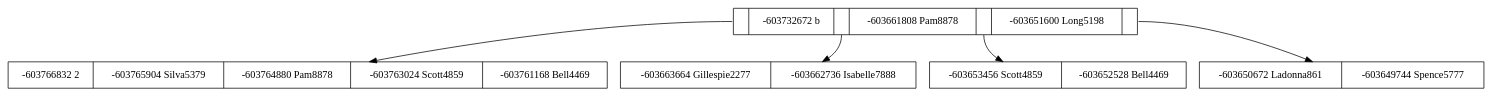
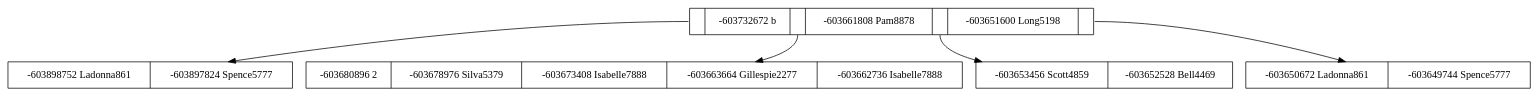
Before and after one commit to betebetoven/EDDS2F2: the diagram in arbolb.dot, drawn with Graphviz. The commit also changed 12 other files, not shown here.

```diff
--- a/arbolb.dot
+++ b/arbolb.dot
@@ -1,28 +1,28 @@
 digraph G {
 node[shape=record]
 		//Agregar Nodos Rama
 R0x7f9edc03c540[label="<C1>|-603732672 
  b|<C2>|-603661808 
  Pam8878|<C3>|-603651600 
  Long5198|<C4>"];
-R0x7f9edc033fd0[label="-603766832 
- 2|-603765904 
- Silva5379|-603764880 
- Pam8878|-603763024 
- Scott4859|-603761168 
- Bell4469"];
-R0x7f9edc04d2d0[label="-603663664 
+R0x7f9edc013c80[label="-603898752 
+ Ladonna861|-603897824 
+ Spence5777"];
+R0x7f9edc048f80[label="-603680896 
+ 2|-603678976 
+ Silva5379|-603673408 
+ Isabelle7888|-603663664 
  Gillespie2277|-603662736 
  Isabelle7888"];
 R0x7f9edc04fab0[label="-603653456 
  Scott4859|-603652528 
  Bell4469"];
 R0x7f9edc050590[label="-603650672 
  Ladonna861|-603649744 
  Spence5777"];
 		//Agregar conexiones
-R0x7f9edc03c540:C1->R0x7f9edc033fd0;
-R0x7f9edc03c540:C2->R0x7f9edc04d2d0;
+R0x7f9edc03c540:C1->R0x7f9edc013c80;
+R0x7f9edc03c540:C2->R0x7f9edc048f80;
 R0x7f9edc03c540:C3->R0x7f9edc04fab0;
 R0x7f9edc03c540:C4->R0x7f9edc050590;
 }
```
